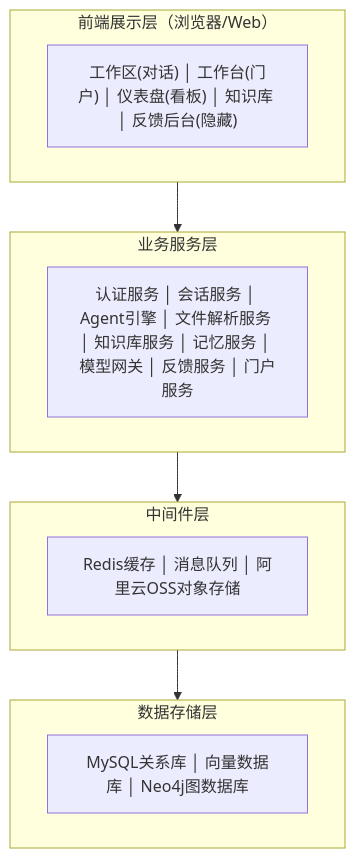
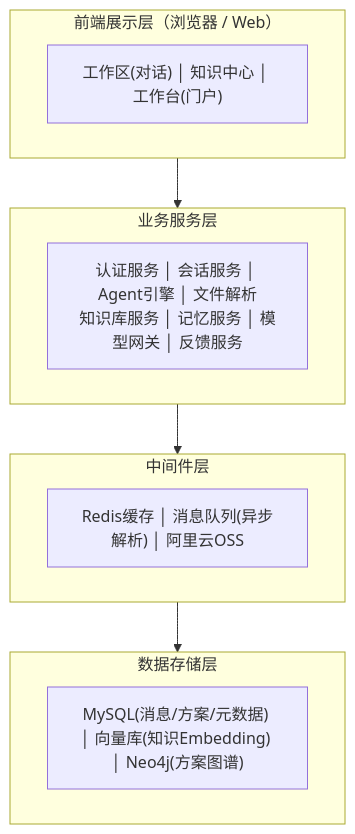
The first of 24 diagrams in docs/需求文档/AI工作门户-MVP-PRD.md (fri555/PORTL), drawn with Mermaid before and after one commit. The commit also changed other lines of this file and 55 other files, not shown here.

````diff
--- a/docs/需求文档/AI工作门户-MVP-PRD.md
+++ b/docs/需求文档/AI工作门户-MVP-PRD.md
@@ -56,20 +66,16 @@
 ```mermaid
 graph
-    subgraph L1["前端展示层（浏览器/Web）"]
-        A["工作区(对话) │ 工作台(门户) │ 仪表盘(看板) │ 知识库 │ 反馈后台(隐藏)"]
+    subgraph L1["前端展示层（浏览器 / Web）"]
+        A["工作区(对话) │ 知识中心 │ 工作台(门户)"]
     end
-
     subgraph L2["业务服务层"]
-        B["认证服务 │ 会话服务 │ Agent引擎 │ 文件解析服务 │ 知识库服务 │ 记忆服务 │ 模型网关 │ 反馈服务 │ 门户服务"]
+        B["认证服务 │ 会话服务 │ Agent引擎 │ 文件解析<br/>知识库服务 │ 记忆服务 │ 模型网关 │ 反馈服务"]
     end
-
     subgraph L3["中间件层"]
-        C["Redis缓存 │ 消息队列 │ 阿里云OSS对象存储"]
+        C["Redis缓存 │ 消息队列(异步解析) │ 阿里云OSS"]
     end
-
     subgraph L4["数据存储层"]
-        D["MySQL关系库 │ 向量数据库 │ Neo4j图数据库"]
+        D["MySQL(消息/方案/元数据) │ 向量库(知识Embedding) │ Neo4j(方案图谱)"]
     end
-
     L1 --> L2 --> L3 --> L4
 ```
````
